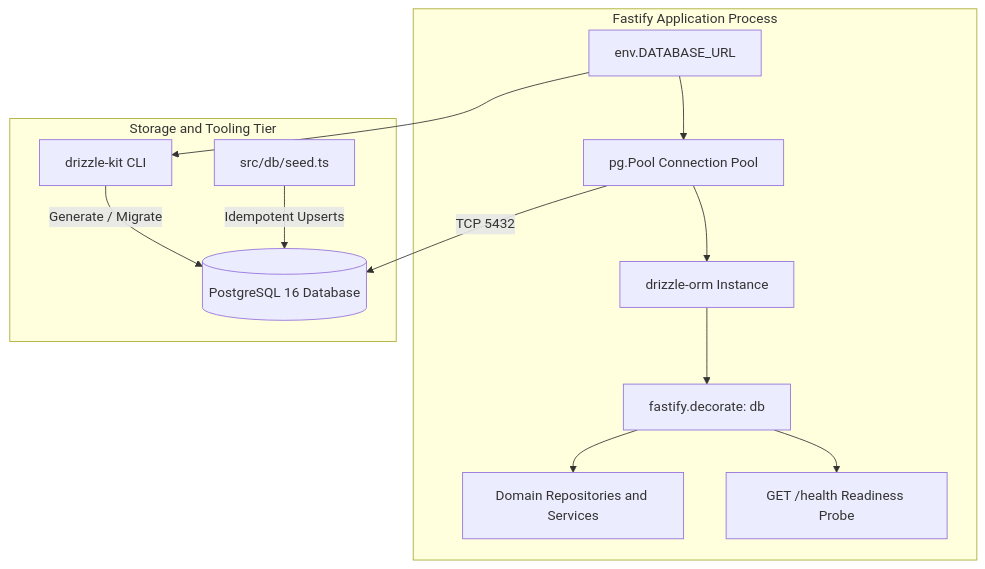
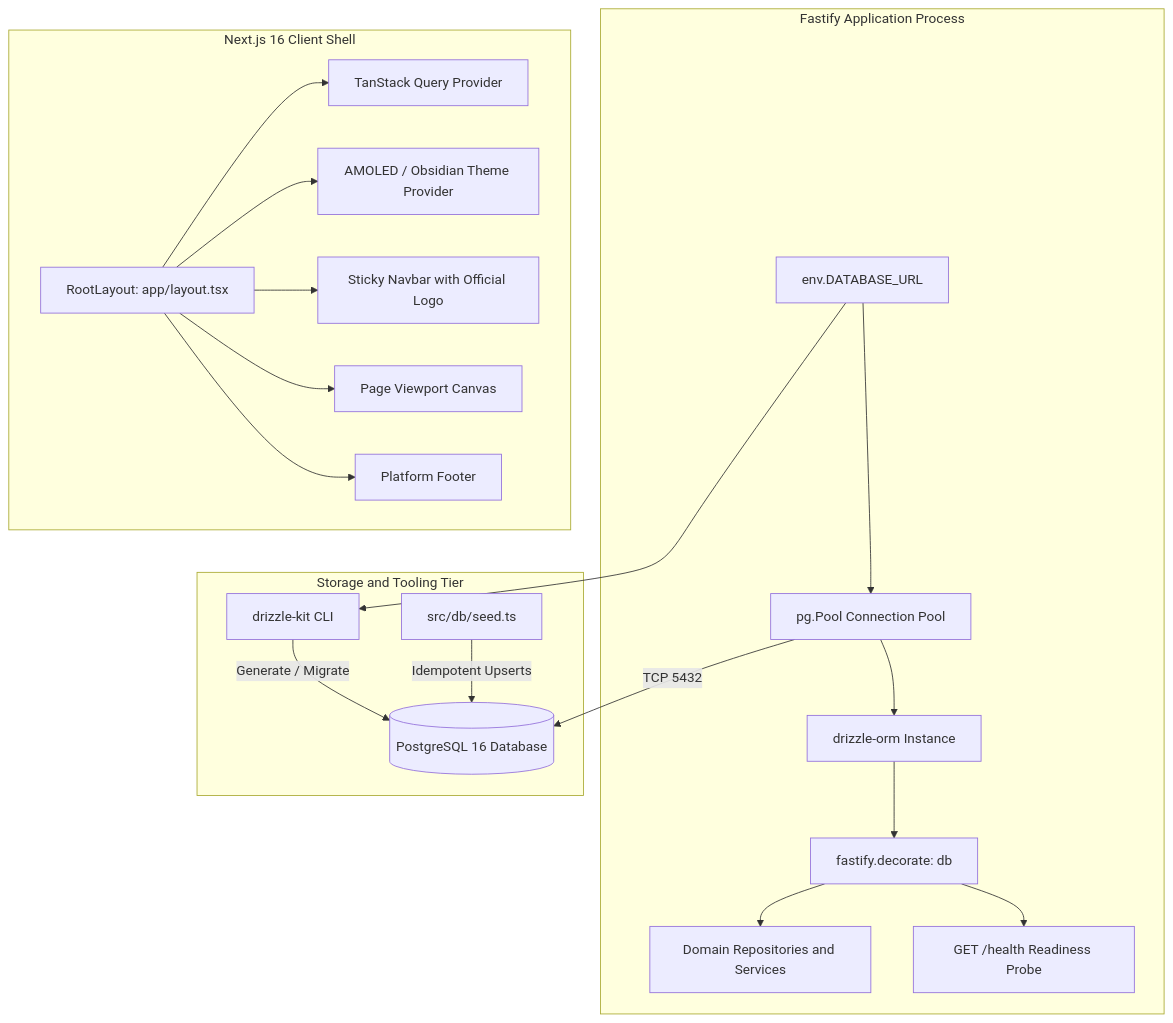
The first of 4 diagrams in docs/internal/design/lld/data-layer.md (hrutavmodha/smex-store), drawn with Mermaid before and after one commit. The commit also changed other lines of this file and 3 other files, not shown here.

Commit message:
refined roadmap

````diff
--- a/docs/internal/design/lld/data-layer.md
+++ b/docs/internal/design/lld/data-layer.md
@@ -7,17 +7,25 @@
 ```mermaid
 flowchart TD
     subgraph AppProcess["Fastify Application Process"]
         CONFIG["env.DATABASE_URL"] --> POOL["pg.Pool Connection Pool"]
         POOL --> DRIZZLE["drizzle-orm Instance"]
         DRIZZLE --> DECORATOR["fastify.decorate: db"]
         DECORATOR --> REPO["Domain Repositories and Services"]
         DECORATOR --> PROBE["GET /health Readiness Probe"]
     end
 
     subgraph DataStore["Storage and Tooling Tier"]
         POOL -->|TCP 5432| PG[("PostgreSQL 16 Database")]
         CONFIG --> DKIT["drizzle-kit CLI"]
         DKIT -->|Generate / Migrate| PG
         SEED["src/db/seed.ts"] -->|Idempotent Upserts| PG
     end
+
+    subgraph ClientShell["Next.js 16 Client Shell"]
+        LAYOUT["RootLayout: app/layout.tsx"] --> QUERY_PROV["TanStack Query Provider"]
+        LAYOUT --> THEME_PROV["AMOLED / Obsidian Theme Provider"]
+        LAYOUT --> NAVBAR["Sticky Navbar with Official Logo"]
+        LAYOUT --> VIEWPORT["Page Viewport Canvas"]
+        LAYOUT --> FOOTER["Platform Footer"]
+    end
 ```
````
